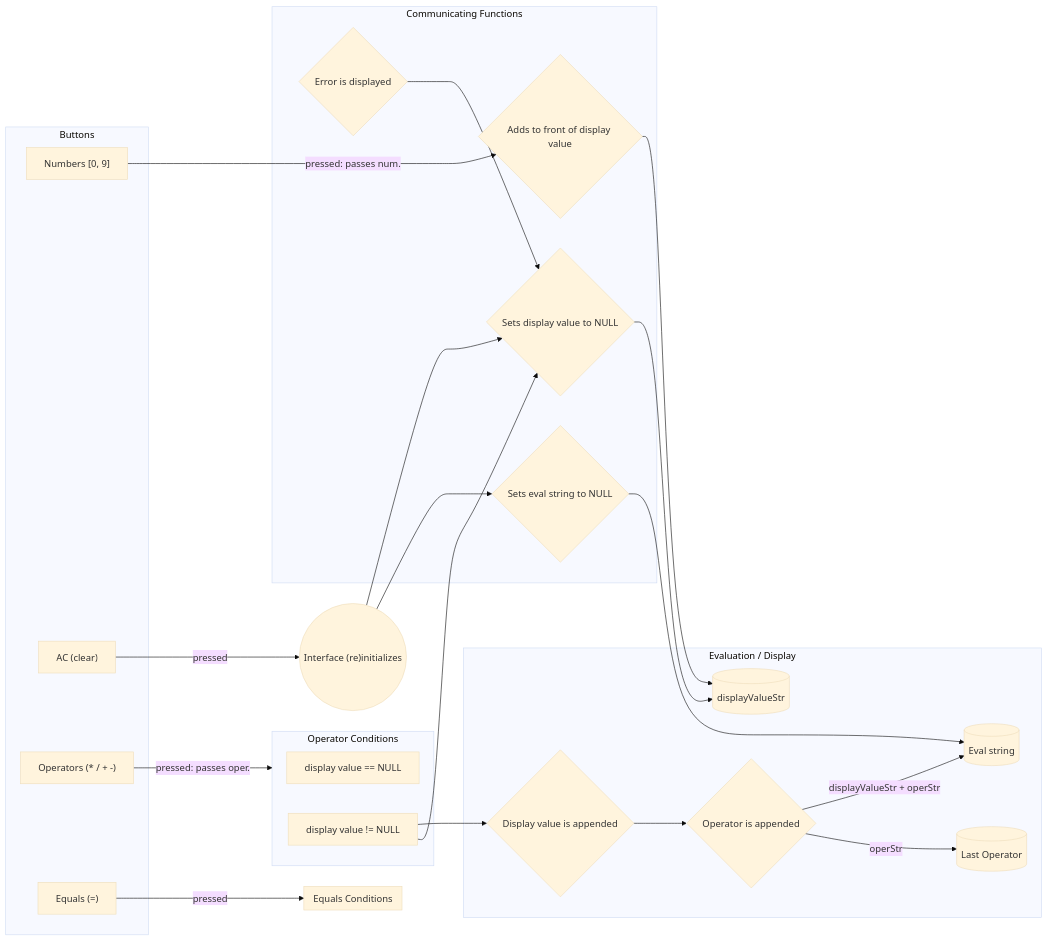
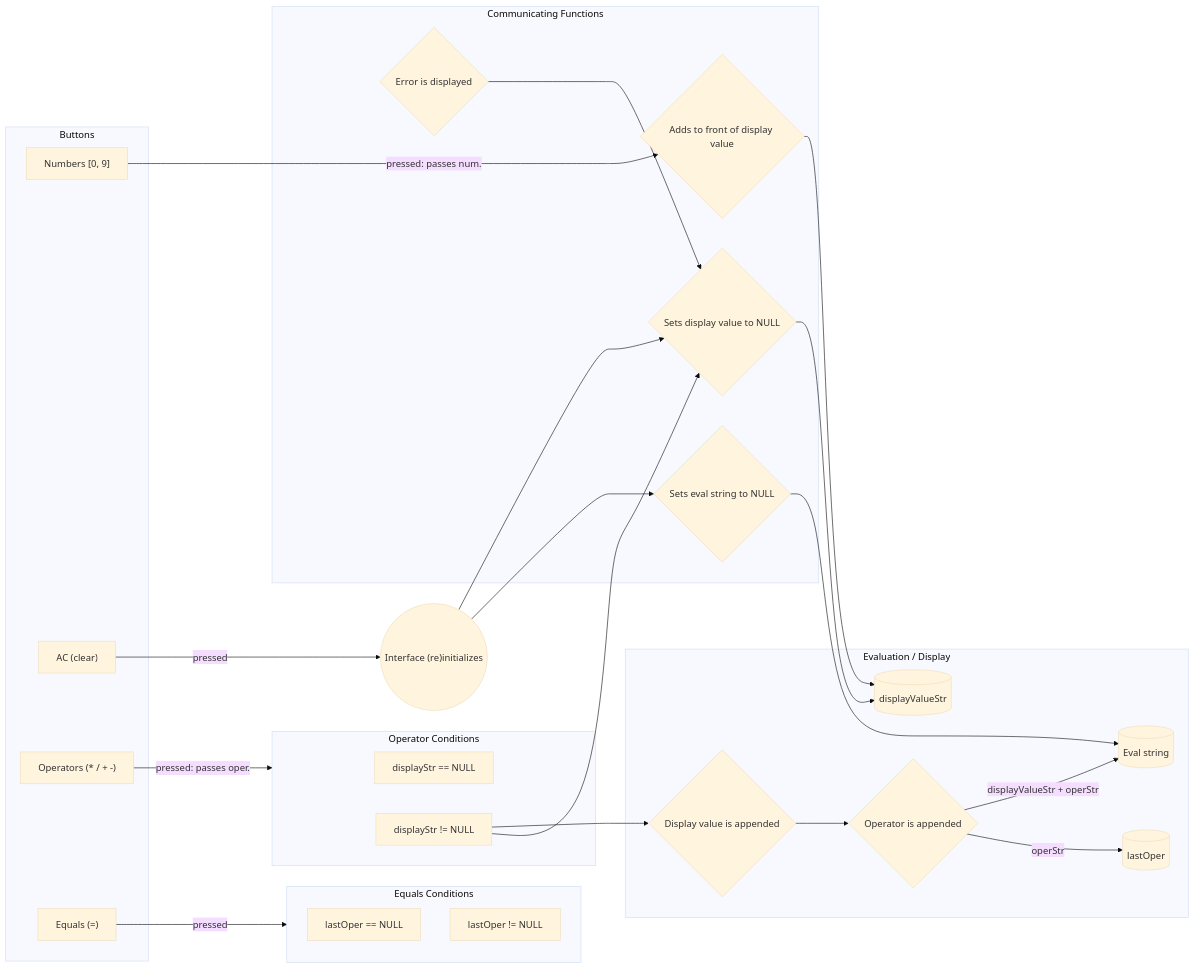
Before and after one commit to kneevin/calculator: the diagram in README.md, drawn with Mermaid (base theme).

Commit message:
Modified slightly

````diff
--- a/README.md
+++ b/README.md
@@ -24,40 +24,41 @@
 ```mermaid
 flowchart LR
 init(("Interface (re)initializes")) --> nullifyDisplay
 init --> nullifyEval
 	subgraph ide1[Buttons]
 		numeric["Numbers [0, 9]"]
     clear["AC (clear)"]
 		oper["Operators (* / + -)"]
     equals["Equals (=)"]
 	end
 	subgraph ide2["Evaluation / Display"]
-    lastOper[(Last Operator)]
+    lastOper[(lastOper)]
     display[(displayValueStr)]
     displayPassed{Display value is appended} --> 
     operPassed{Operator is appended}
 		eval[(Eval string)]
 	end
   subgraph ide3[Communicating Functions]
 		update{Adds to front of display value} --> display
 		error{Error is displayed} --> nullifyDisplay{Sets display value to NULL}
     nullifyEval{Sets eval string to NULL}
 	end
   subgraph ide4[Operator Conditions]
-    displayIsNull[display value == NULL]
-    displayNotNull[display value != NULL] --> displayPassed
+    displayIsNull[displayStr == NULL]
+    displayNotNull[displayStr != NULL] --> displayPassed
   end
   subgraph ide5[Equals Conditions]
-  
+    lastOpeIsNull["lastOper == NULL"]
+    lastOpeNotNull["lastOper != NULL"]
   end
 
   nullifyDisplay --> display
   nullifyEval --> eval
   clear -->|pressed| init
   displayNotNull --> nullifyDisplay
   operPassed -->|"displayValueStr + operStr"| eval
   operPassed -->|"operStr"| lastOper
   oper -->|pressed: passes oper. | ide4
 	numeric -->|pressed: passes num. | update
   equals --> |pressed| ide5
 ```
````
